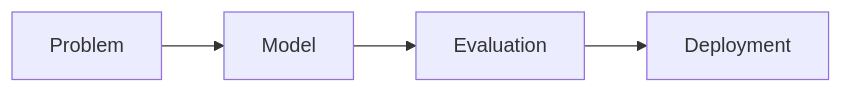
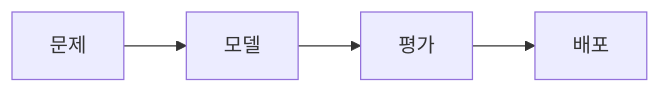
Before and after one commit to yeongseon-books/book-content: the diagram in content/data-science-career-101/ko/06-ml-interview.md, drawn with Mermaid. The commit also changed other lines of this file and 9 other files, not shown here.

````diff
--- a/content/data-science-career-101/ko/06-ml-interview.md
+++ b/content/data-science-career-101/ko/06-ml-interview.md
@@ -33,6 +41,6 @@
 ```mermaid
 flowchart LR
-    P[Problem] --> M[Model]
-    M --> E[Evaluation]
-    E --> D[Deployment]
+    P[문제] --> M[모델]
+    M --> E[평가]
+    E --> D[배포]
 ```
````
